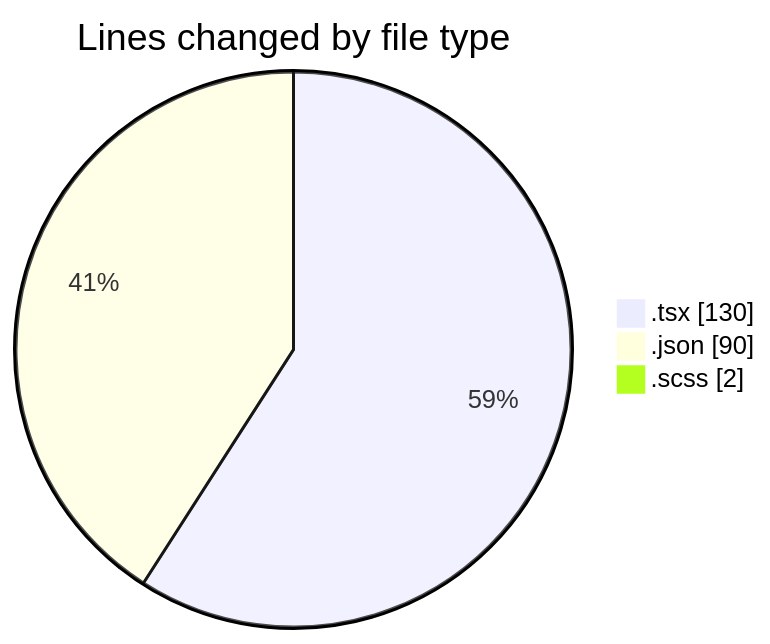
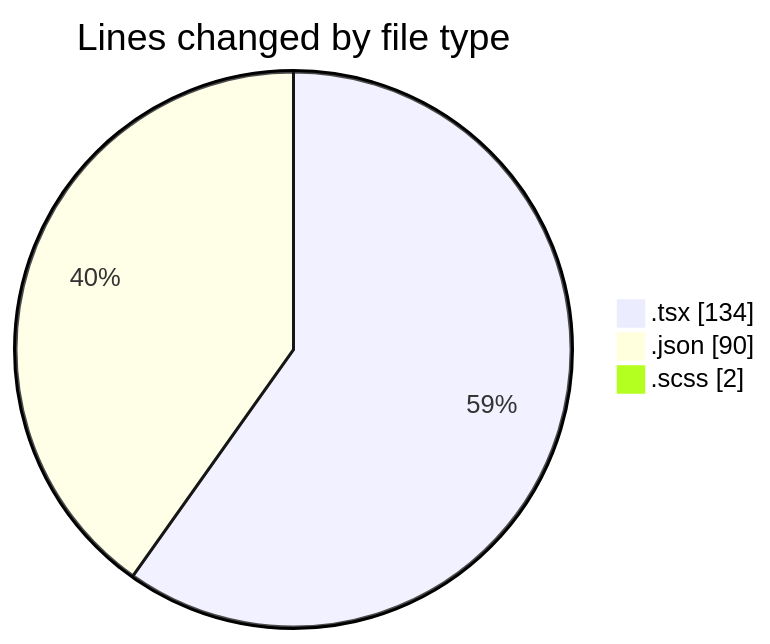
One commit to momahboobian/code-tracking changed the first of 2 diagrams in 2026-05-13/cda/README.md. Above: the diagram before and after it, drawn with Mermaid. The commit also changed other lines of this file and 1 other file, not shown here.

````diff
--- a/2026-05-13/cda/README.md
+++ b/2026-05-13/cda/README.md
@@ -24,7 +24,7 @@
 ```mermaid
 pie showData
 title Lines changed by file type
-".tsx" : 130
+".tsx" : 134
 ".json" : 90
 ".scss" : 2
 ```
````
